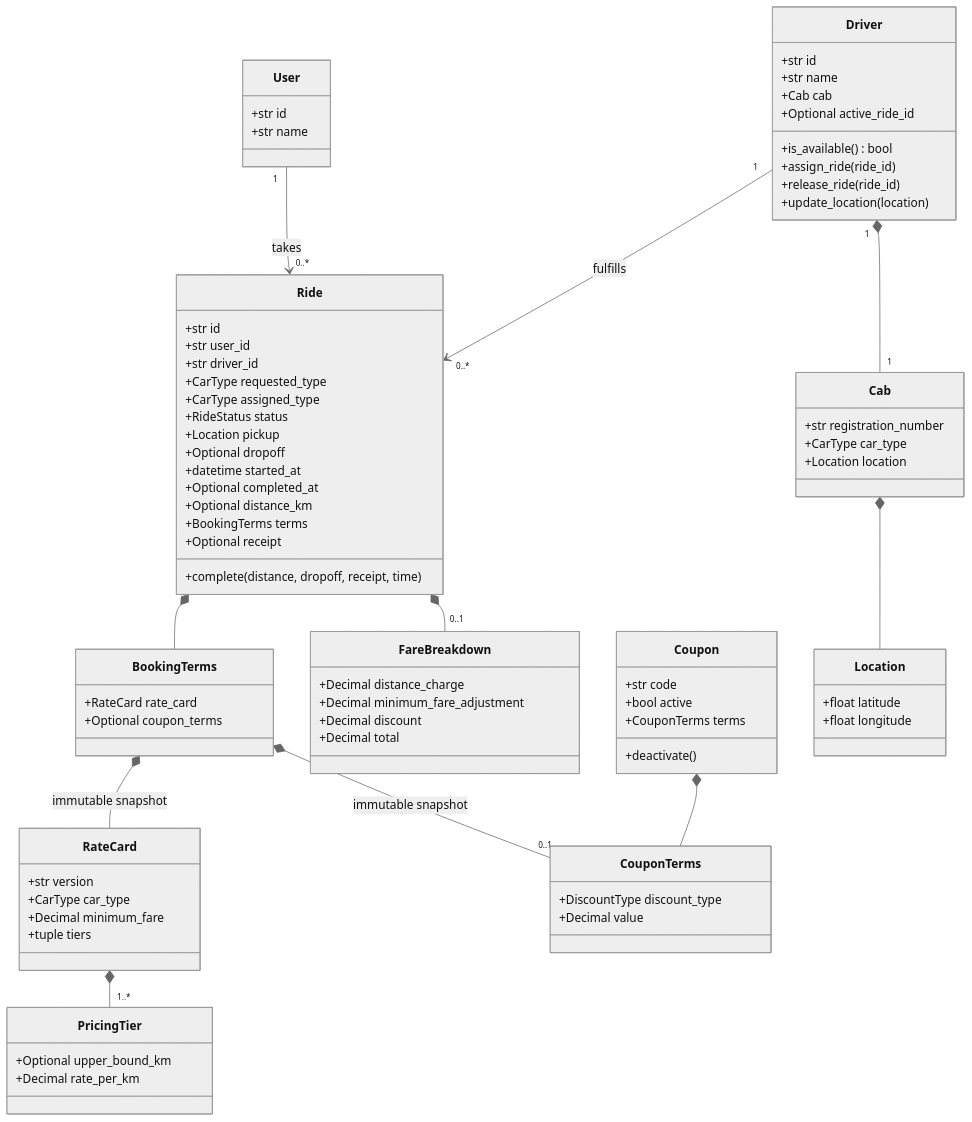
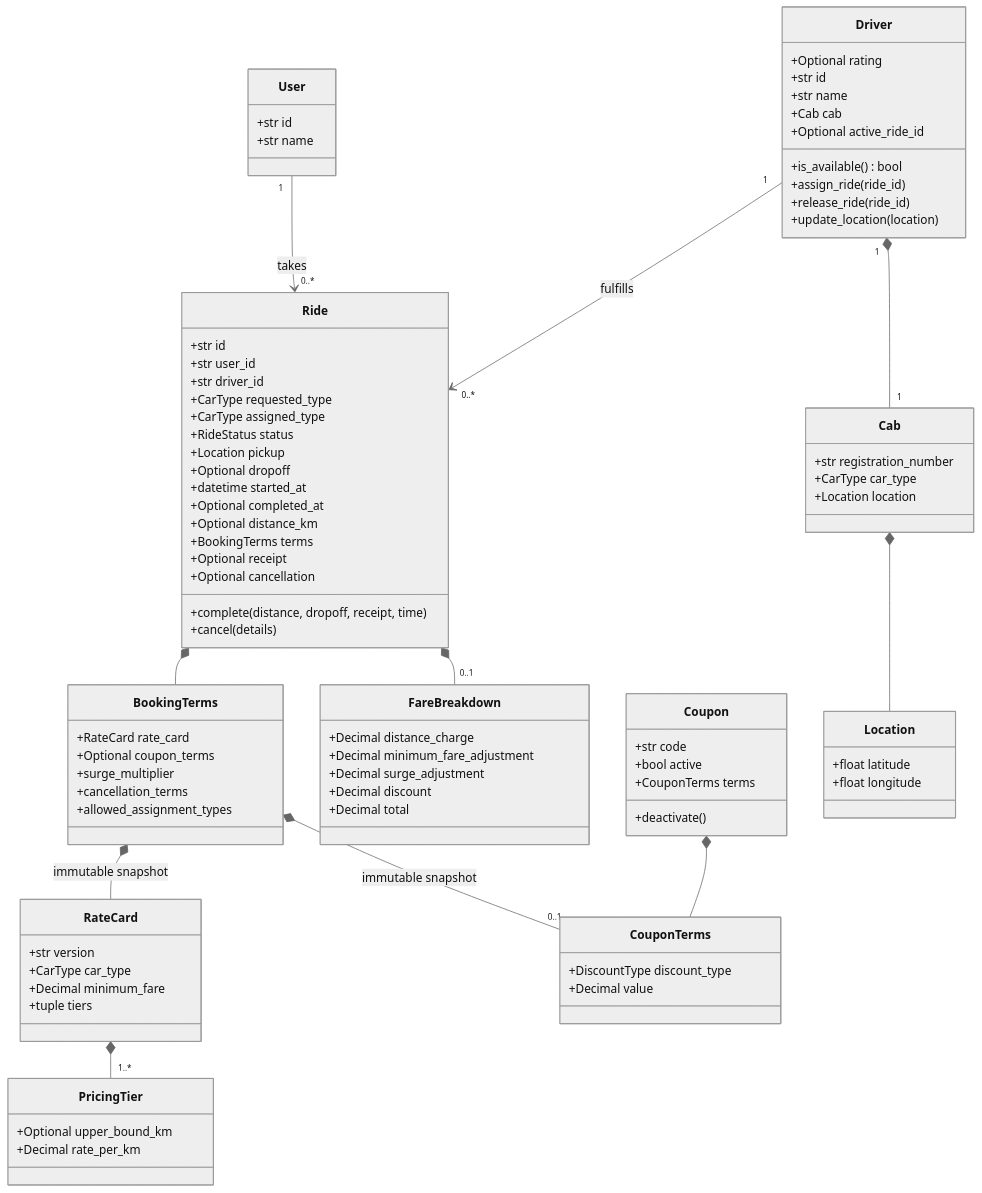
One commit to AdarshShukla1001/uber-ride-app changed the second of 3 diagrams in .agent/backendrules.md. Above: the diagram before and after it, drawn with Mermaid (neutral theme). The commit also changed other lines of this file and 12 other files, not shown here.

Commit message:
feat: add surge pricing, ride cancellation, rating-based matching, and flat-rate coupons with configuration support

```diff
--- a/.agent/backendrules.md
+++ b/.agent/backendrules.md
@@ -56,6 +56,7 @@
         +str name
     }
     class Driver {
+        +Optional rating
         +str id
         +str name
         +Cab cab
@@ -88,11 +89,16 @@
         +Optional distance_km
         +BookingTerms terms
         +Optional receipt
+        +Optional cancellation
         +complete(distance, dropoff, receipt, time)
+        +cancel(details)
     }
     class BookingTerms {
         +RateCard rate_card
         +Optional coupon_terms
+        +surge_multiplier
+        +cancellation_terms
+        +allowed_assignment_types
     }
     class RateCard {
         +str version
@@ -117,6 +123,7 @@
     class FareBreakdown {
         +Decimal distance_charge
         +Decimal minimum_fare_adjustment
+        +Decimal surge_adjustment
         +Decimal discount
         +Decimal total
     }
```
